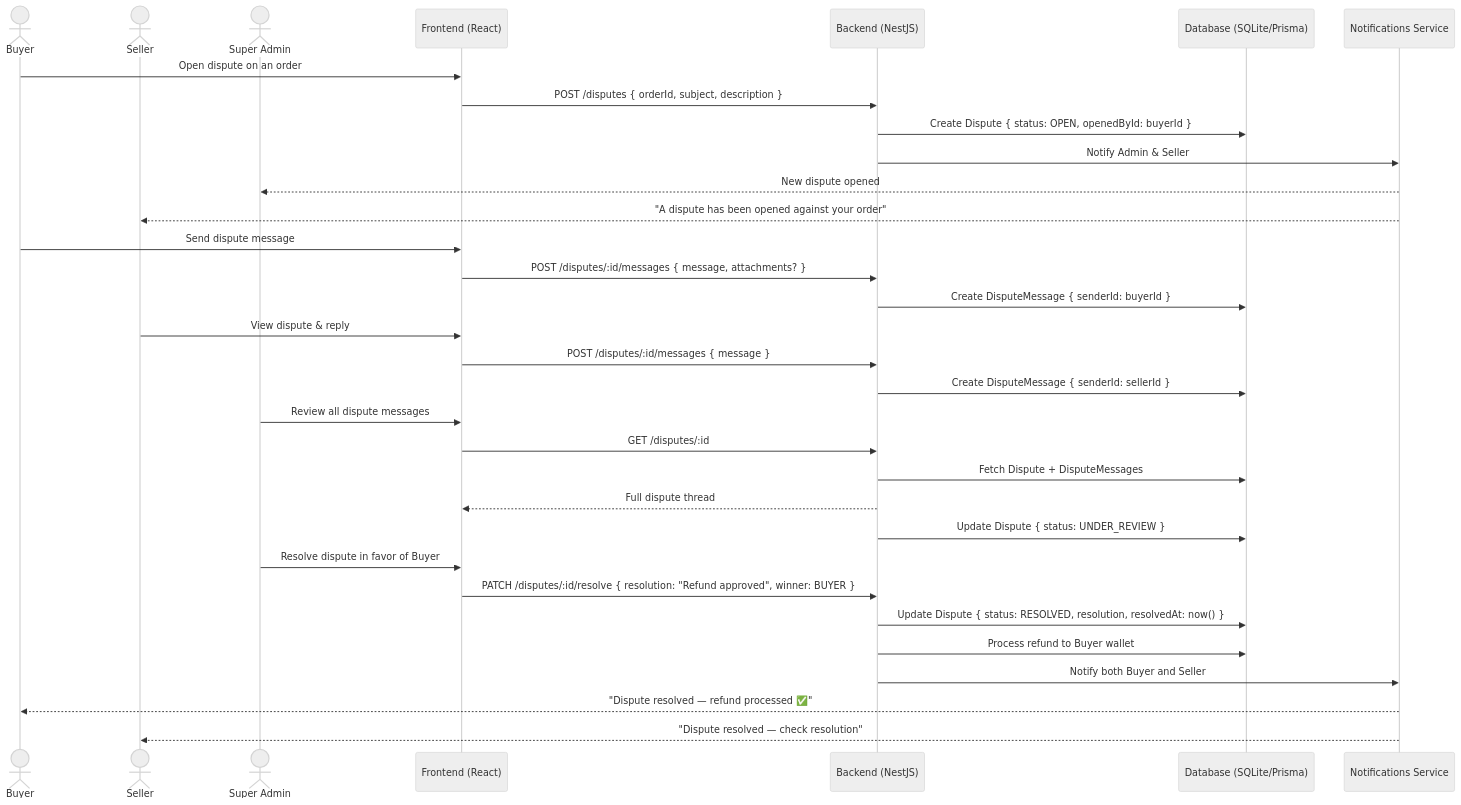
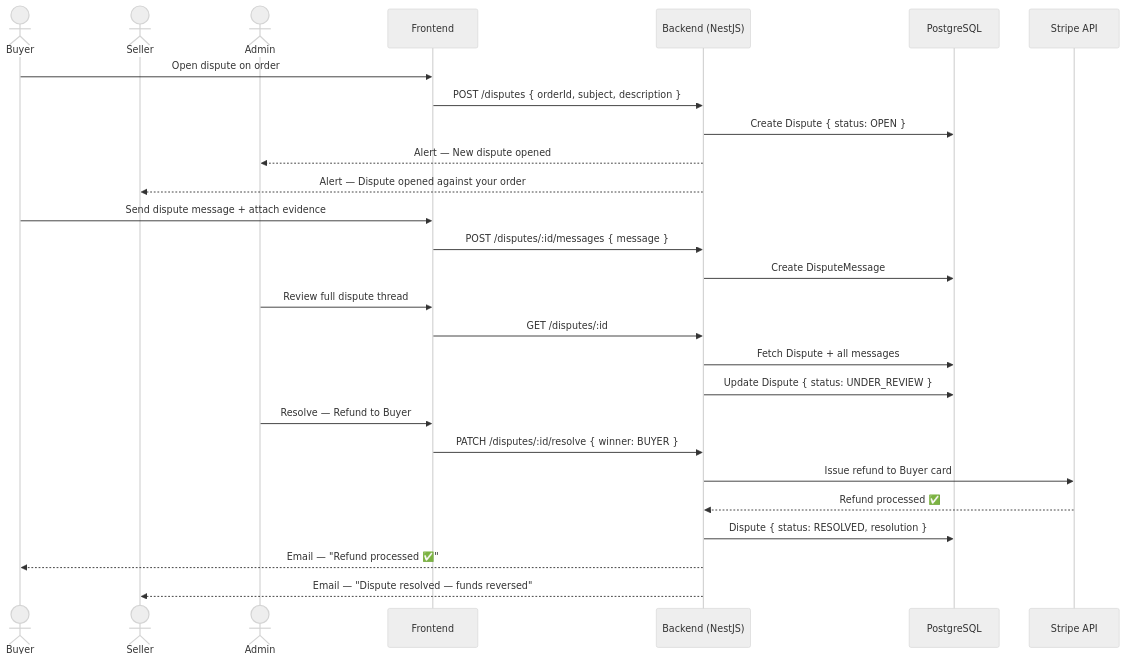
One commit to tayeb736/prohect12 changed the ninth of 10 diagrams in diagrams/02_sequence_diagram.md. Above: the diagram before and after it, drawn with Mermaid (neutral theme). The commit also changed other lines of this file and 7 other files, not shown here.

Commit message:
docs: update all UML diagrams — add PostgreSQL, Redis, S3, Stripe, SendGrid, KYC, Swagger per readme2 & README3

````diff
--- a/diagrams/02_sequence_diagram.md
+++ b/diagrams/02_sequence_diagram.md
@@ -315,40 +321,33 @@
 ```mermaid
 sequenceDiagram
   actor Buyer
   actor Seller
-  actor Admin as Super Admin
-  participant Browser as Frontend (React)
+  actor Admin
+  participant Browser as Frontend
   participant API as Backend (NestJS)
-  participant DB as Database (SQLite/Prisma)
-  participant Notif as Notifications Service
+  participant DB as PostgreSQL
+  participant Stripe as Stripe API
 
-  Buyer->>Browser: Open dispute on an order
+  Buyer->>Browser: Open dispute on order
   Browser->>API: POST /disputes { orderId, subject, description }
-  API->>DB: Create Dispute { status: OPEN, openedById: buyerId }
-  API->>Notif: Notify Admin & Seller
-  Notif-->>Admin: New dispute opened
-  Notif-->>Seller: "A dispute has been opened against your order"
+  API->>DB: Create Dispute { status: OPEN }
+  API-->>Admin: Alert — New dispute opened
+  API-->>Seller: Alert — Dispute opened against your order
 
-  Buyer->>Browser: Send dispute message
-  Browser->>API: POST /disputes/:id/messages { message, attachments? }
-  API->>DB: Create DisputeMessage { senderId: buyerId }
+  Buyer->>Browser: Send dispute message + attach evidence
+  Browser->>API: POST /disputes/:id/messages { message }
+  API->>DB: Create DisputeMessage
 
-  Seller->>Browser: View dispute & reply
-  Browser->>API: POST /disputes/:id/messages { message }
-  API->>DB: Create DisputeMessage { senderId: sellerId }
-
-  Admin->>Browser: Review all dispute messages
+  Admin->>Browser: Review full dispute thread
   Browser->>API: GET /disputes/:id
-  API->>DB: Fetch Dispute + DisputeMessages
-  API-->>Browser: Full dispute thread
-
+  API->>DB: Fetch Dispute + all messages
   API->>DB: Update Dispute { status: UNDER_REVIEW }
 
-  Admin->>Browser: Resolve dispute in favor of Buyer
-  Browser->>API: PATCH /disputes/:id/resolve { resolution: "Refund approved", winner: BUYER }
-  API->>DB: Update Dispute { status: RESOLVED, resolution, resolvedAt: now() }
-  API->>DB: Process refund to Buyer wallet
-  API->>Notif: Notify both Buyer and Seller
-  Notif-->>Buyer: "Dispute resolved — refund processed ✅"
-  Notif-->>Seller: "Dispute resolved — check resolution"
+  Admin->>Browser: Resolve — Refund to Buyer
+  Browser->>API: PATCH /disputes/:id/resolve { winner: BUYER }
+  API->>Stripe: Issue refund to Buyer card
+  Stripe-->>API: Refund processed ✅
+  API->>DB: Dispute { status: RESOLVED, resolution }
+  API-->>Buyer: Email — "Refund processed ✅"
+  API-->>Seller: Email — "Dispute resolved — funds reversed"
 ```
````
